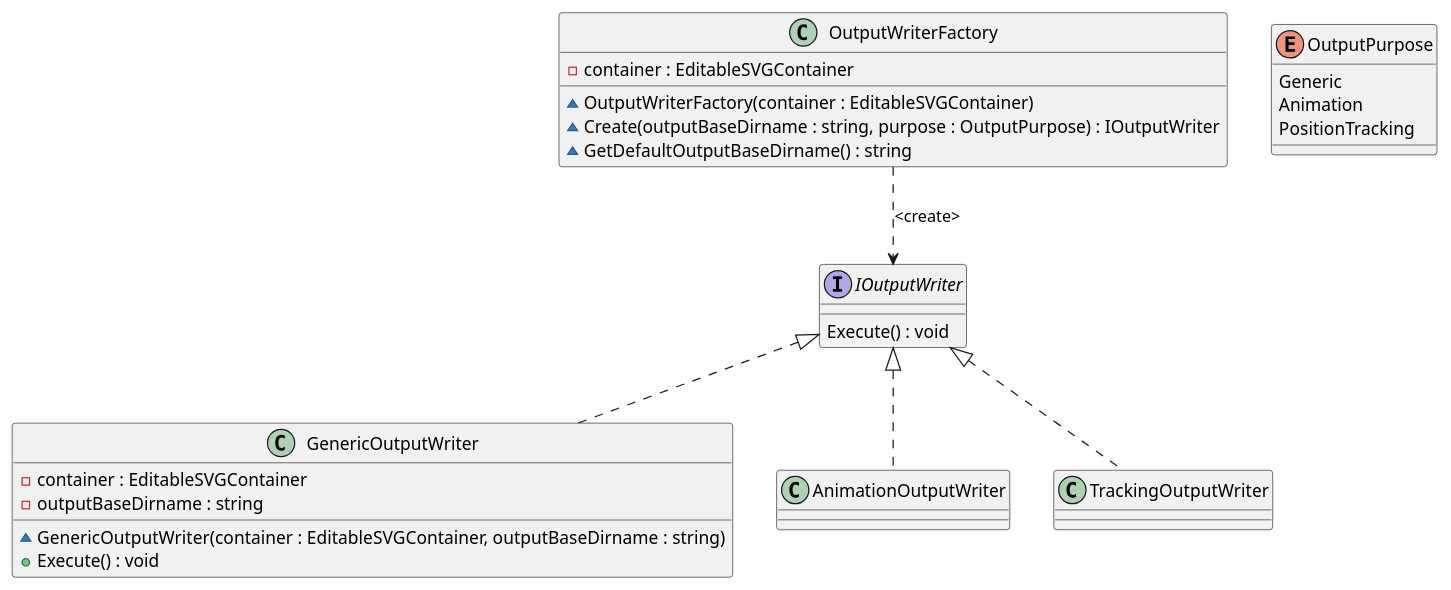
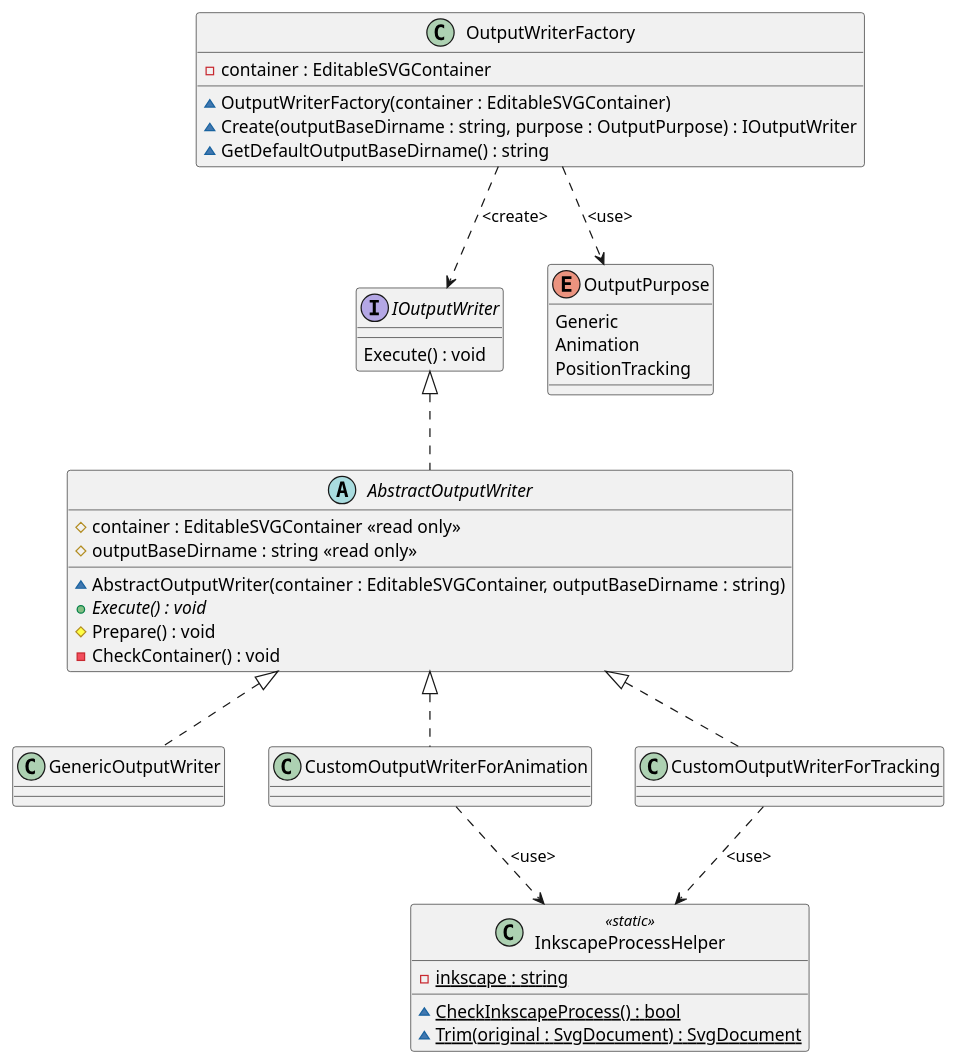
Before and after one commit to tatsuya19871219/SVGObjectsDecomposer: the third of 3 diagrams in uml/SVGObjectsDecomposer.puml, drawn with PlantUML. The commit also changed other lines of this file and 6 other files, not shown here.

```diff
--- a/uml/SVGObjectsDecomposer.puml
+++ b/uml/SVGObjectsDecomposer.puml
@@ -149,53 +184,74 @@
 @startuml OutputWriters
+
+class InkscapeProcessHelper <<static>>
+{
+    {static} - inkscape : string
+    {static} ~ CheckInkscapeProcess() : bool
+    {static} ~ Trim(original : SvgDocument) : SvgDocument
+}
 
 enum OutputPurpose
 {
     Generic
     Animation
     PositionTracking
 }
 
 interface IOutputWriter
 {
     Execute() : void
 }
 
+abstract AbstractOutputWriter
+{
+    # container : EditableSVGContainer <<read only>>
+    # outputBaseDirname : string <<read only>>
+    ~ AbstractOutputWriter(container : EditableSVGContainer, outputBaseDirname : string)
+    {abstract} + Execute() : void
+    # Prepare() : void
+    - CheckContainer() : void
+
+}
+
 class OutputWriterFactory
 {
     - container : EditableSVGContainer
     ~ OutputWriterFactory(container : EditableSVGContainer)
     ~ Create(outputBaseDirname : string, purpose : OutputPurpose) : IOutputWriter
     ~ GetDefaultOutputBaseDirname() : string
 }
 
 class GenericOutputWriter
 {
-    - container : EditableSVGContainer
-    - outputBaseDirname : string
-    ~ GenericOutputWriter(container : EditableSVGContainer, outputBaseDirname : string)
-    + Execute() : void
+    ' ~ GenericOutputWriter(container : EditableSVGContainer, outputBaseDirname : string)
+    ' + Execute() : void
 }
 
-class AnimationOutputWriter
+class CustomOutputWriterForAnimation
 {
-
+    ' ~ CustomOutputWriterForAnimation(container : EditableSVGContainer, outputBaseDirname : string)
+    ' + Execute() : void
 }
 
-class TrackingOutputWriter
+class CustomOutputWriterForTracking
 {
-
+    ' ~ CustomOutputWriterForTracking(container : EditableSVGContainer, outputBaseDirname : string)
+    ' + Execute() : void
 }
 
-' Helper class
-' class BindingHelper <<static>>
-' {
-'     {static} + AsVisibleIfSame(purpose : OutputPurpose, targetPurpose : OutputPurpose) : Visibility
-' }
 
-GenericOutputWriter .up.|> IOutputWriter
-AnimationOutputWriter .up.|> IOutputWriter
-TrackingOutputWriter .up.|> IOutputWriter
+
+AbstractOutputWriter .up.|> IOutputWriter
+
+GenericOutputWriter .up.|> AbstractOutputWriter
+CustomOutputWriterForAnimation .up.|> AbstractOutputWriter
+CustomOutputWriterForTracking .up.|> AbstractOutputWriter
 
 OutputWriterFactory .down.> IOutputWriter : <create>
 
+CustomOutputWriterForAnimation ..> InkscapeProcessHelper : <use>
+CustomOutputWriterForTracking ..> InkscapeProcessHelper : <use>
+
+OutputWriterFactory ..> OutputPurpose : <use>
+
 @enduml
```
